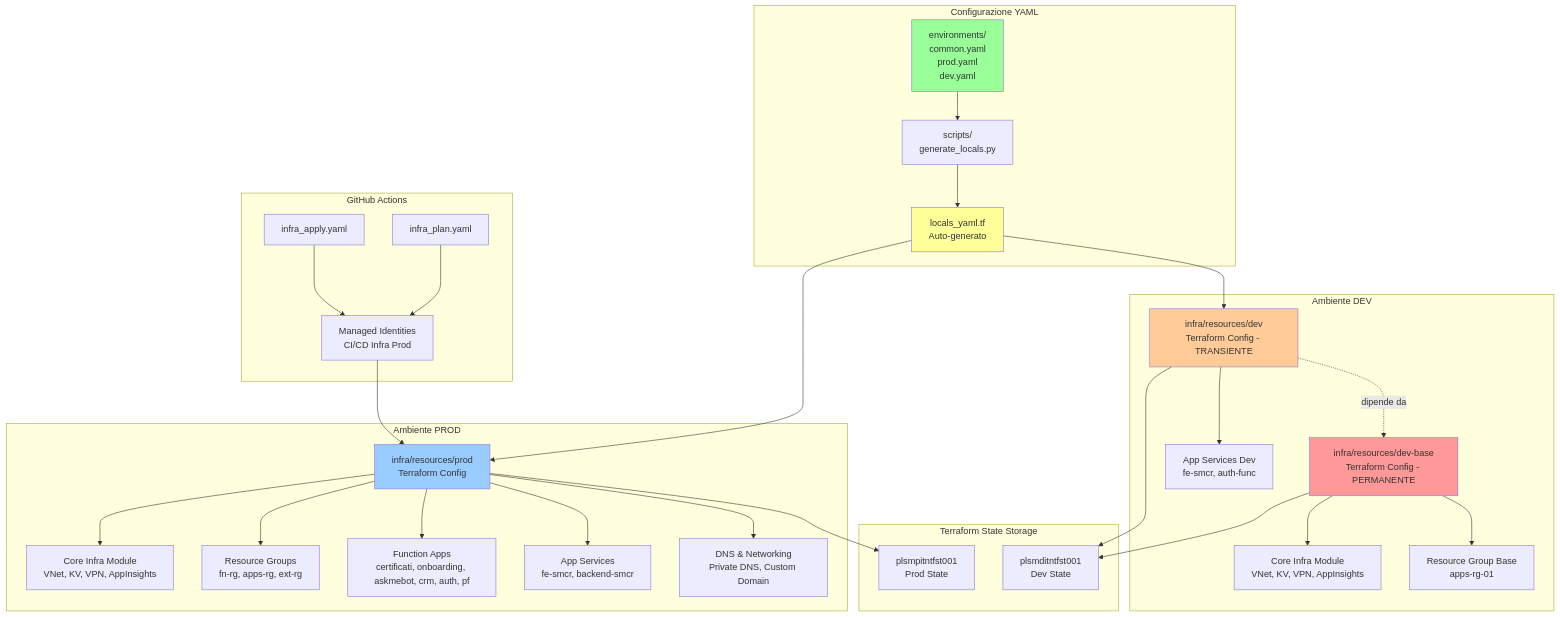
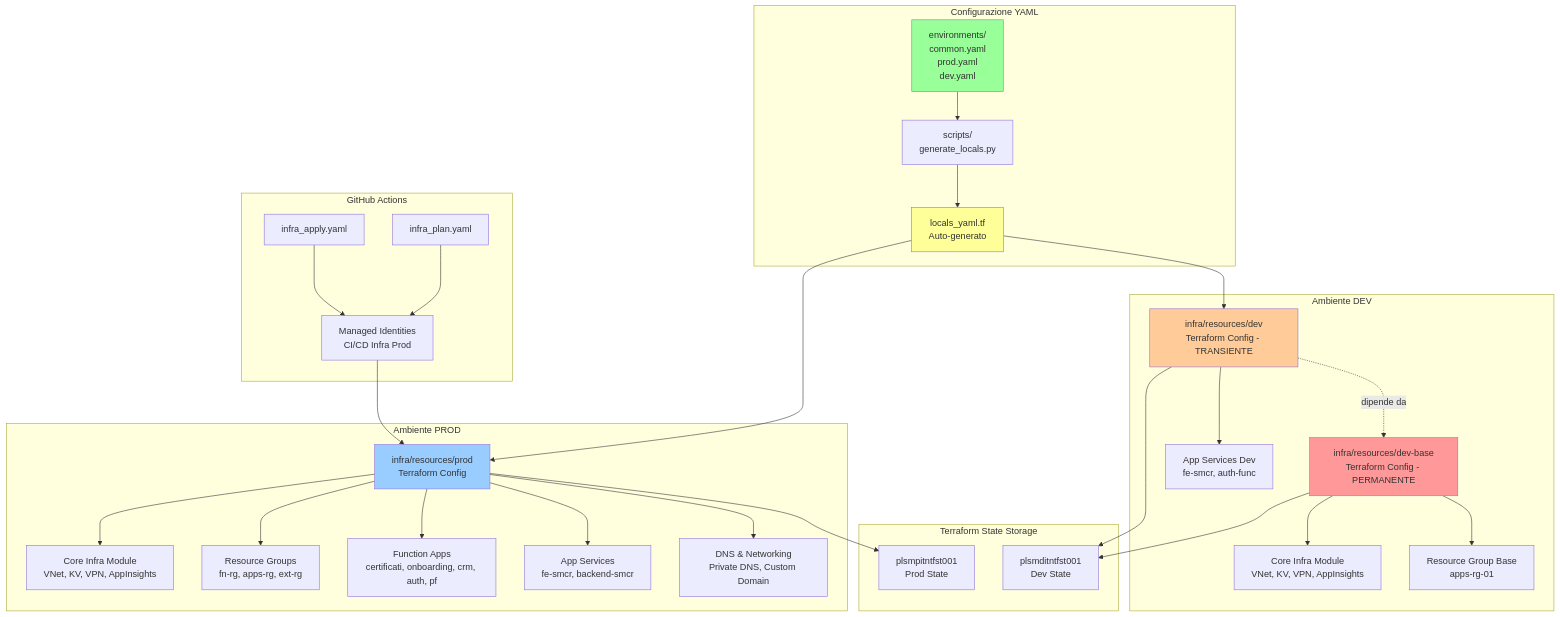
One commit to pagopa/plsm-service-management changed the second of 2 diagrams in docs/monorepo/infra/overview.md. Above: the diagram before and after it, drawn with Mermaid. The commit also changed other lines of this file and 4 other files, not shown here.

````diff
--- a/docs/monorepo/infra/overview.md
+++ b/docs/monorepo/infra/overview.md
@@ -438,53 +438,53 @@
 ```mermaid
 graph TB
     subgraph "Terraform State Storage"
         TFPROD[plsmpitntfst001<br/>Prod State]
         TFDEV[plsmditntfst001<br/>Dev State]
     end
 
     subgraph "Ambiente PROD"
         PRODTF[infra/resources/prod<br/>Terraform Config]
         PRODTF --> TFPROD
 
         PRODTF --> COREPROD[Core Infra Module<br/>VNet, KV, VPN, AppInsights]
         PRODTF --> RGPROD[Resource Groups<br/>fn-rg, apps-rg, ext-rg]
-        PRODTF --> FUNCPROD[Function Apps<br/>certificati, onboarding, askmebot, crm, auth, pf]
+        PRODTF --> FUNCPROD[Function Apps<br/>certificati, onboarding, crm, auth, pf]
         PRODTF --> APPPROD[App Services<br/>fe-smcr, backend-smcr]
         PRODTF --> DNSPROD[DNS & Networking<br/>Private DNS, Custom Domain]
     end
 
     subgraph "Ambiente DEV"
         DEVBASETF[infra/resources/dev-base<br/>Terraform Config - PERMANENTE]
         DEVBASETF --> TFDEV
         DEVBASETF --> COREDEV[Core Infra Module<br/>VNet, KV, VPN, AppInsights]
         DEVBASETF --> RGDEVBASE[Resource Group Base<br/>apps-rg-01]
 
         DEVTF[infra/resources/dev<br/>Terraform Config - TRANSIENTE]
         DEVTF --> TFDEV
         DEVTF -.dipende da.-> DEVBASETF
         DEVTF --> APPDEV[App Services Dev<br/>fe-smcr, auth-func]
     end
 
     subgraph "Configurazione YAML"
         YAML[environments/<br/>common.yaml<br/>prod.yaml<br/>dev.yaml]
         SCRIPT[scripts/<br/>generate_locals.py]
         YAML --> SCRIPT
         SCRIPT --> LOCALYAML[locals_yaml.tf<br/>Auto-generato]
         LOCALYAML --> PRODTF
         LOCALYAML --> DEVTF
     end
 
     subgraph "GitHub Actions"
         GHPLAN[infra_plan.yaml]
         GHAPPLY[infra_apply.yaml]
         GHPLAN --> IDENTPROD[Managed Identities<br/>CI/CD Infra Prod]
         GHAPPLY --> IDENTPROD
         IDENTPROD --> PRODTF
     end
 
     style DEVBASETF fill:#ff9999
     style DEVTF fill:#ffcc99
     style PRODTF fill:#99ccff
     style YAML fill:#99ff99
     style LOCALYAML fill:#ffff99
 ```
````
